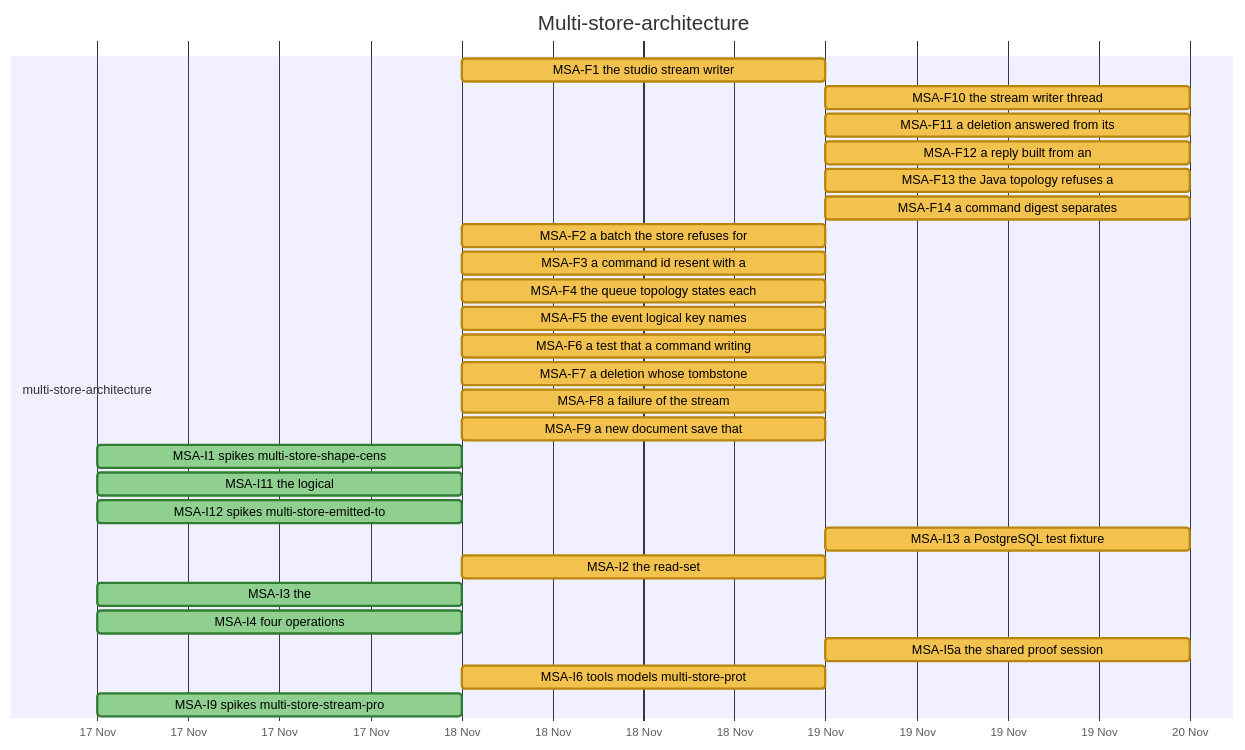
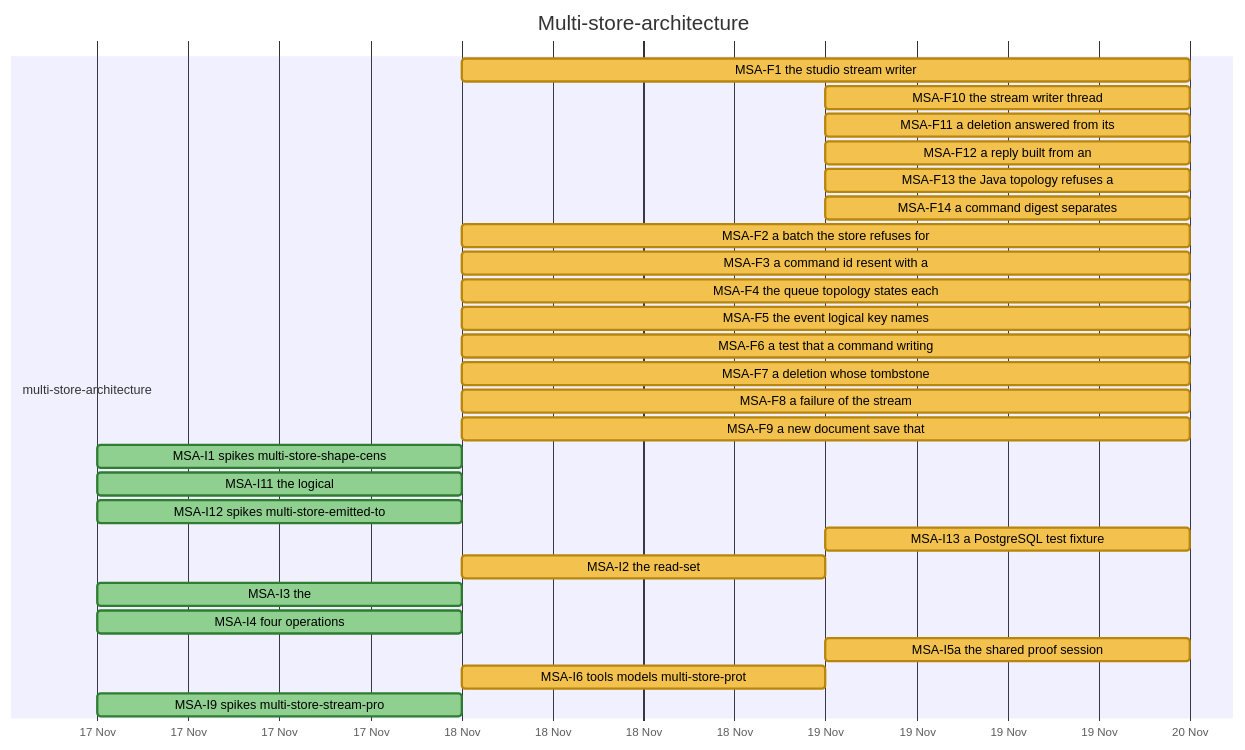
Diagram 11 of 32 in docs/developer/ROADMAP.md (nebularis/lattice), drawn with Mermaid before and after one commit. The commit also changed other lines of this file and 7 other files, not shown here.

First line of the commit message:
[multi-store] Verify the first bundle's multi-store slices, hand the ledger's rework over, and plan RDFC-1.0 for a command's digest

````diff
--- a/docs/developer/ROADMAP.md
+++ b/docs/developer/ROADMAP.md
@@ -372,32 +372,32 @@
 ```mermaid
 %%{init: {"themeVariables": {"taskBkgColor": "#f2c14e", "taskBorderColor": "#b8860b", "taskTextColor": "#000000", "activeTaskBkgColor": "#4e9af1", "activeTaskBorderColor": "#1f5fbf", "activeTaskBorderColor": "#1f5fbf", "doneTaskBkgColor": "#8fcf8f", "doneTaskBorderColor": "#2f7d32", "critBkgColor": "#f28b82", "critBorderColor": "#b23a30", "taskTextDarkColor": "#000000", "taskTextLightColor": "#000000"}}}%%
 gantt
     title Multi-store-architecture
     dateFormat YYYY-MM-DD
     axisFormat %d %b
     section multi-store-architecture
-    MSA-F1 the studio stream writer :msaf1, 2026-11-18, 2026-11-19
+    MSA-F1 the studio stream writer :msaf1, 2026-11-18, 2026-11-20
     MSA-F10 the stream writer thread :msaf10, 2026-11-19, 2026-11-20
     MSA-F11 a deletion answered from its :msaf11, 2026-11-19, 2026-11-20
     MSA-F12 a reply built from an :msaf12, 2026-11-19, 2026-11-20
     MSA-F13 the Java topology refuses a :msaf13, 2026-11-19, 2026-11-20
     MSA-F14 a command digest separates :msaf14, 2026-11-19, 2026-11-20
-    MSA-F2 a batch the store refuses for :msaf2, 2026-11-18, 2026-11-19
-    MSA-F3 a command id resent with a :msaf3, 2026-11-18, 2026-11-19
-    MSA-F4 the queue topology states each :msaf4, 2026-11-18, 2026-11-19
-    MSA-F5 the event logical key names :msaf5, 2026-11-18, 2026-11-19
-    MSA-F6 a test that a command writing :msaf6, 2026-11-18, 2026-11-19
-    MSA-F7 a deletion whose tombstone :msaf7, 2026-11-18, 2026-11-19
-    MSA-F8 a failure of the stream :msaf8, 2026-11-18, 2026-11-19
-    MSA-F9 a new document save that :msaf9, 2026-11-18, 2026-11-19
+    MSA-F2 a batch the store refuses for :msaf2, 2026-11-18, 2026-11-20
+    MSA-F3 a command id resent with a :msaf3, 2026-11-18, 2026-11-20
+    MSA-F4 the queue topology states each :msaf4, 2026-11-18, 2026-11-20
+    MSA-F5 the event logical key names :msaf5, 2026-11-18, 2026-11-20
+    MSA-F6 a test that a command writing :msaf6, 2026-11-18, 2026-11-20
+    MSA-F7 a deletion whose tombstone :msaf7, 2026-11-18, 2026-11-20
+    MSA-F8 a failure of the stream :msaf8, 2026-11-18, 2026-11-20
+    MSA-F9 a new document save that :msaf9, 2026-11-18, 2026-11-20
     MSA-I1 spikes multi-store-shape-cens :done, msai1, 2026-11-17, 2026-11-18
     MSA-I11 the logical :done, msai11, 2026-11-17, 2026-11-18
     MSA-I12 spikes multi-store-emitted-to :done, msai12, 2026-11-17, 2026-11-18
     MSA-I13 a PostgreSQL test fixture :msai13, 2026-11-19, 2026-11-20
     MSA-I2 the read-set :msai2, 2026-11-18, 2026-11-19
     MSA-I3 the :done, msai3, 2026-11-17, 2026-11-18
     MSA-I4 four operations :done, msai4, 2026-11-17, 2026-11-18
     MSA-I5a the shared proof session :msai5a, 2026-11-19, 2026-11-20
     MSA-I6 tools models multi-store-prot :msai6, 2026-11-18, 2026-11-19
     MSA-I9 spikes multi-store-stream-pro :done, msai9, 2026-11-17, 2026-11-18
 ```
````
